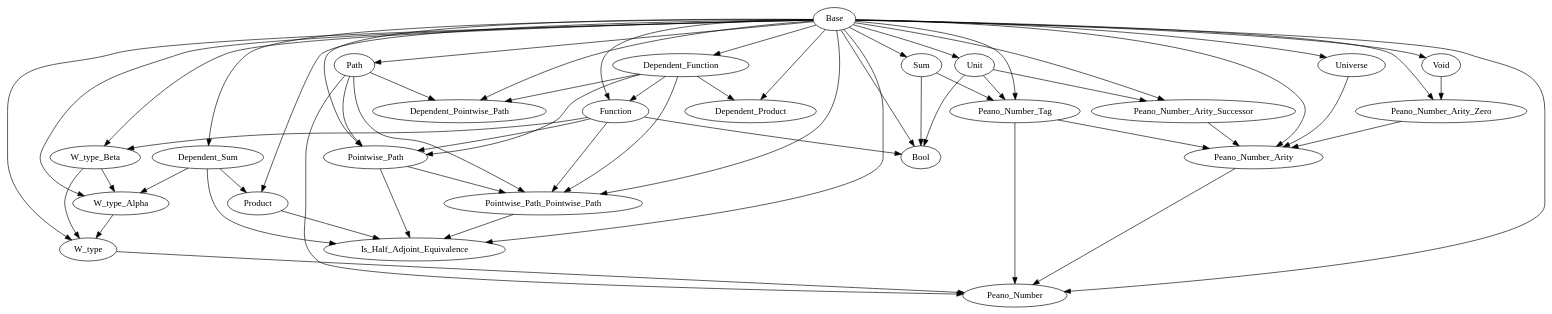
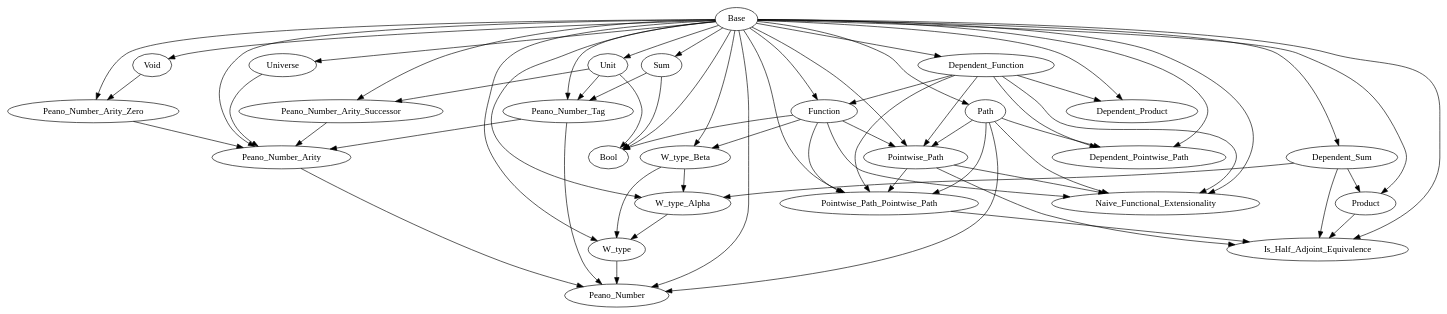
Before and after one commit to Hexirp/googology-in-coq: the diagram in libraries/dependencies.gv, drawn with Graphviz. The commit also changed 3 other files, not shown here.

First line of the commit message:
Add: Naive_Functional_Extensionality を

```diff
--- a/libraries/dependencies.gv
+++ b/libraries/dependencies.gv
@@ -1,85 +1,91 @@
 digraph Dependencies {
   # Base
   # Dependent_Function
   "Base" -> "Dependent_Function";
   # Function
   "Base" -> "Function";
   "Dependent_Function" -> "Function";
   # Dependent_Product
   "Base" -> "Dependent_Product";
   "Dependent_Function" -> "Dependent_Product";
   # Dependent_Sum
   "Base" -> "Dependent_Sum";
   # Product
   "Base" -> "Product";
   "Dependent_Sum" -> "Product";
   # Sum
   "Base" -> "Sum";
   # Unit
   "Base" -> "Unit";
   # Void
   "Base" -> "Void";
   # W_type_Beta
   "Base" -> "W_type_Beta";
   "Function" -> "W_type_Beta";
   # W_type_Alpha
   "Base" -> "W_type_Alpha";
   "Dependent_Sum" -> "W_type_Alpha";
   "W_type_Beta" -> "W_type_Alpha";
   # W_type
   "Base" -> "W_type";
   "W_type_Alpha" -> "W_type";
   "W_type_Beta" -> "W_type";
   # Universe
   "Base" -> "Universe";
   # Path
   "Base" -> "Path";
   # Dependent_Pointwise_Path
   "Base" -> "Dependent_Pointwise_Path";
   "Dependent_Function" -> "Dependent_Pointwise_Path";
   "Path" -> "Dependent_Pointwise_Path";
   # Pointwise_Path
   "Base" -> "Pointwise_Path";
   "Dependent_Function" -> "Pointwise_Path";
   "Function" -> "Pointwise_Path";
   "Path" -> "Pointwise_Path";
   # Pointwise_Path_Pointwise_Path
   "Base" -> "Pointwise_Path_Pointwise_Path";
   "Dependent_Function" -> "Pointwise_Path_Pointwise_Path";
   "Function" -> "Pointwise_Path_Pointwise_Path";
   "Path" -> "Pointwise_Path_Pointwise_Path";
   "Pointwise_Path" -> "Pointwise_Path_Pointwise_Path";
   # Is_Half_Adjoint_Equivalence
   "Base" -> "Is_Half_Adjoint_Equivalence";
   "Dependent_Sum" -> "Is_Half_Adjoint_Equivalence";
   "Product" -> "Is_Half_Adjoint_Equivalence";
   "Pointwise_Path" -> "Is_Half_Adjoint_Equivalence";
   "Pointwise_Path_Pointwise_Path" -> "Is_Half_Adjoint_Equivalence";
+  # Naive_Functional_Extensionality
+  "Base" -> "Naive_Functional_Extensionality";
+  "Dependent_Function" -> "Naive_Functional_Extensionality";
+  "Function" -> "Naive_Functional_Extensionality";
+  "Path" -> "Naive_Functional_Extensionality";
+  "Pointwise_Path" -> "Naive_Functional_Extensionality";
   # Bool
   "Base" -> "Bool";
   "Function" -> "Bool";
   "Sum" -> "Bool";
   "Unit" -> "Bool";
   # Peano_Number_Tag
   "Base" -> "Peano_Number_Tag";
   "Sum" -> "Peano_Number_Tag";
   "Unit" -> "Peano_Number_Tag";
   # Peano_Number_Arity_Zero
   "Base" -> "Peano_Number_Arity_Zero";
   "Void" -> "Peano_Number_Arity_Zero";
   # Peano_Number_Arity_Successor
   "Base" -> "Peano_Number_Arity_Successor";
   "Unit" -> "Peano_Number_Arity_Successor";
   # Peano_Number_Arity
   "Base" -> "Peano_Number_Arity";
   "Universe" -> "Peano_Number_Arity";
   "Peano_Number_Tag" -> "Peano_Number_Arity";
   "Peano_Number_Arity_Zero" -> "Peano_Number_Arity";
   "Peano_Number_Arity_Successor" -> "Peano_Number_Arity";
   # Peano_Number
   "Base" -> "Peano_Number";
   "W_type" -> "Peano_Number";
   "Path" -> "Peano_Number";
   "Peano_Number_Tag" -> "Peano_Number";
   "Peano_Number_Arity" -> "Peano_Number";
 }
```
